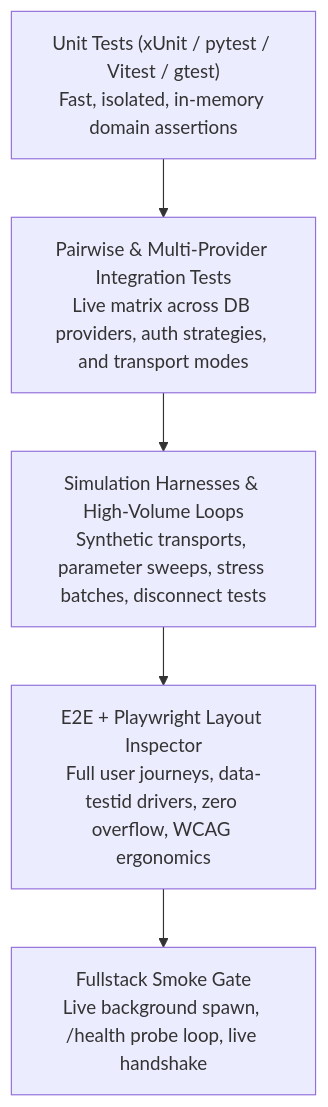
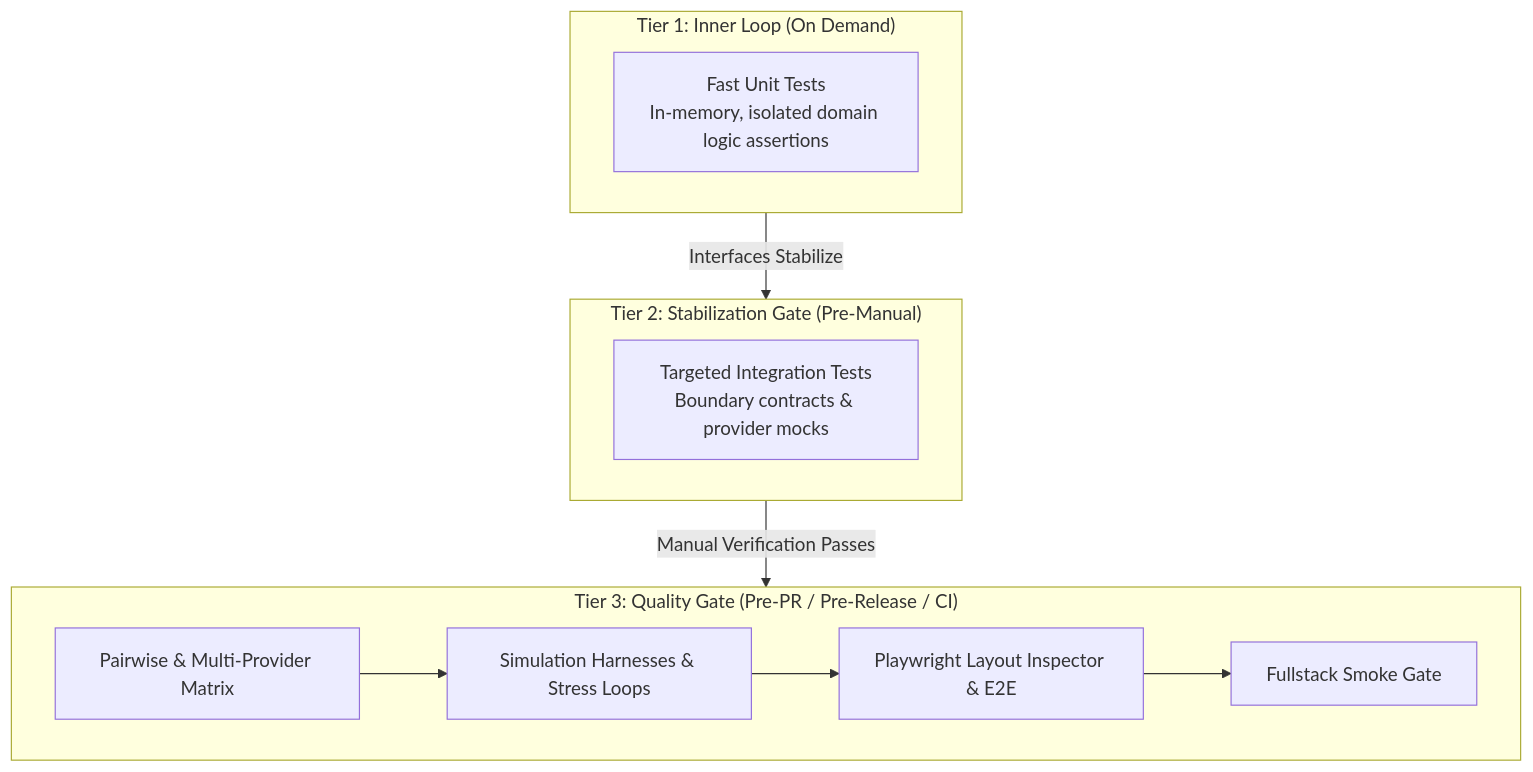
The diagram in standards/TESTING_HARNESS_PATTERNS.md (spelech/AgenticEngineeringToolbelt), drawn with Mermaid before and after one commit. The commit also changed other lines of this file and 2 other files, not shown here.

Commit message:
docs(standards): reframe simulation harnesses, add git flow, apis first, and tiered testing

````diff
--- a/standards/TESTING_HARNESS_PATTERNS.md
+++ b/standards/TESTING_HARNESS_PATTERNS.md
@@ -14,10 +15,19 @@
 ```mermaid
 flowchart TD
-    Unit["Unit Tests (xUnit / pytest / Vitest / gtest)<br>Fast, isolated, in-memory domain assertions"]
-    Pairwise["Pairwise & Multi-Provider Integration Tests<br>Live matrix across DB providers, auth strategies, and transport modes"]
-    Simulation["Simulation Harnesses & High-Volume Loops<br>Synthetic transports, parameter sweeps, stress batches, disconnect tests"]
-    E2E["E2E + Playwright Layout Inspector<br>Full user journeys, data-testid drivers, zero overflow, WCAG ergonomics"]
-    Smoke["Fullstack Smoke Gate<br>Live background spawn, /health probe loop, live handshake"]
+    subgraph T1["Tier 1: Inner Loop (On Demand)"]
+        Unit["Fast Unit Tests<br>In-memory, isolated domain logic assertions"]
+    end
+    subgraph T2["Tier 2: Stabilization Gate (Pre-Manual)"]
+        Integ["Targeted Integration Tests<br>Boundary contracts & provider mocks"]
+    end
+    subgraph T3["Tier 3: Quality Gate (Pre-PR / Pre-Release / CI)"]
+        Matrix["Pairwise & Multi-Provider Matrix"]
+        Sim["Simulation Harnesses & Stress Loops"]
+        E2E["Playwright Layout Inspector & E2E"]
+        Smoke["Fullstack Smoke Gate"]
+    end
 
-    Unit --> Pairwise --> Simulation --> E2E --> Smoke
+    T1 -->|Interfaces Stabilize| T2
+    T2 -->|Manual Verification Passes| T3
+    Matrix --> Sim --> E2E --> Smoke
 ```
````
